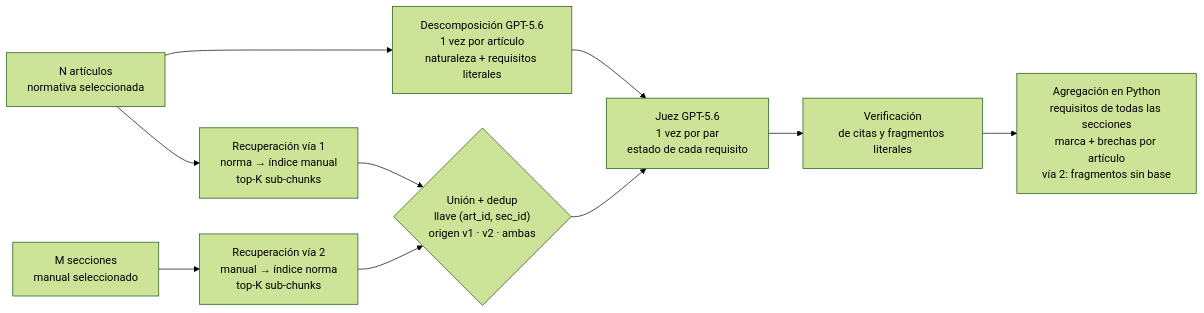
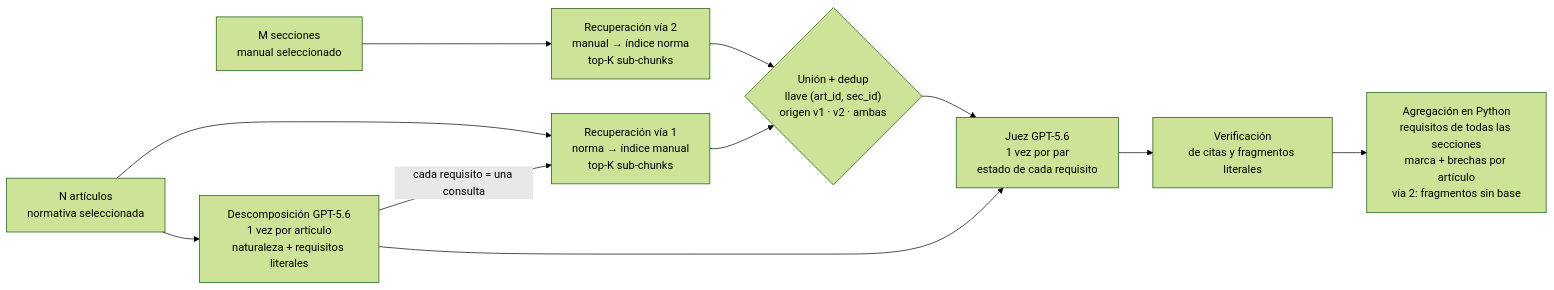
Before and after one commit to basaravia/comparador-normas-v2: the diagram in comparador-dbx/docs/09-motor-doble-via.md, drawn with Mermaid (forest theme). The commit also changed other lines of this file and 2 other files, not shown here.

First line of the commit message:
docs: la vía 1 consulta con cada requisito (paso 3a antes de la recuperación), con evidencia del prototipo

````diff
--- a/comparador-dbx/docs/09-motor-doble-via.md
+++ b/comparador-dbx/docs/09-motor-doble-via.md
@@ -3,12 +3,13 @@
 ```mermaid
 flowchart LR
     N["N artículos<br/>normativa seleccionada"] --> R1["Recuperación vía 1<br/>norma → índice manual<br/>top-K sub-chunks"]
     M["M secciones<br/>manual seleccionado"] --> R2["Recuperación vía 2<br/>manual → índice norma<br/>top-K sub-chunks"]
     R1 --> U{"Unión + dedup<br/>llave (art_id, sec_id)<br/>origen v1 · v2 · ambas"}
     R2 --> U
     N --> D["Descomposición GPT-5.6<br/>1 vez por artículo<br/>naturaleza + requisitos literales"]
+    D -->|"cada requisito = una consulta"| R1
     D --> J
     U --> J["Juez GPT-5.6<br/>1 vez por par<br/>estado de cada requisito"]
     J --> C["Verificación<br/>de citas y fragmentos literales"]
     C --> AG["Agregación en Python<br/>requisitos de todas las secciones<br/>marca + brechas por artículo<br/>vía 2: fragmentos sin base"]
 ```
````
